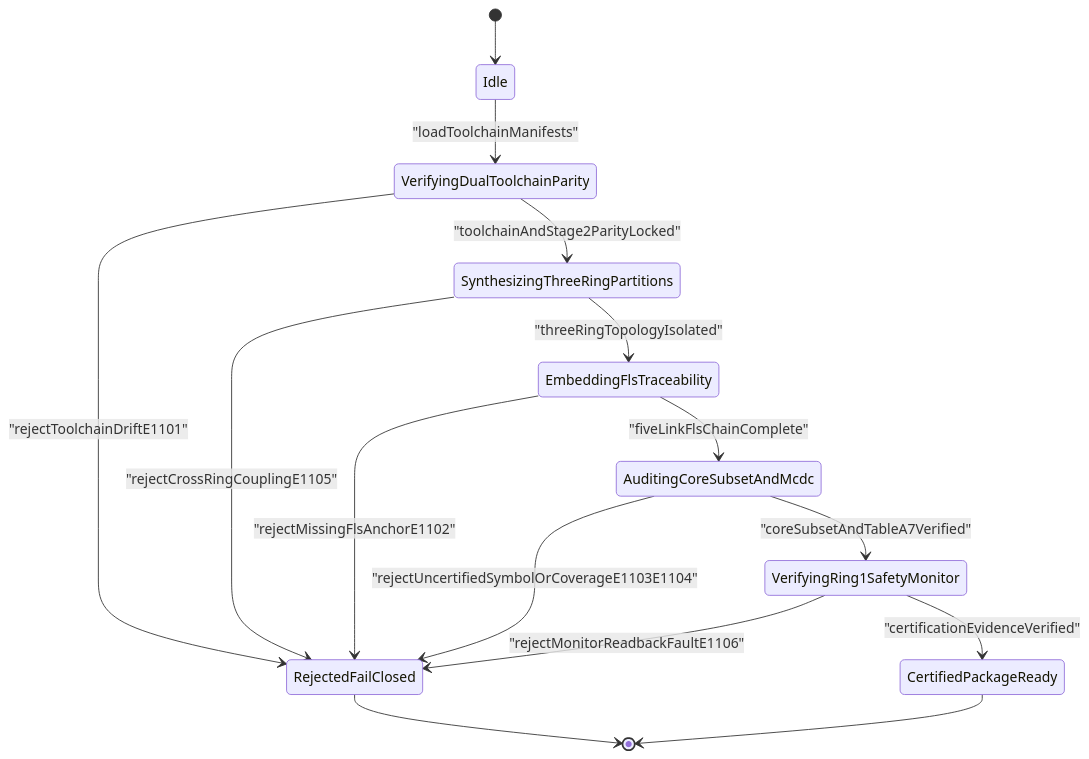
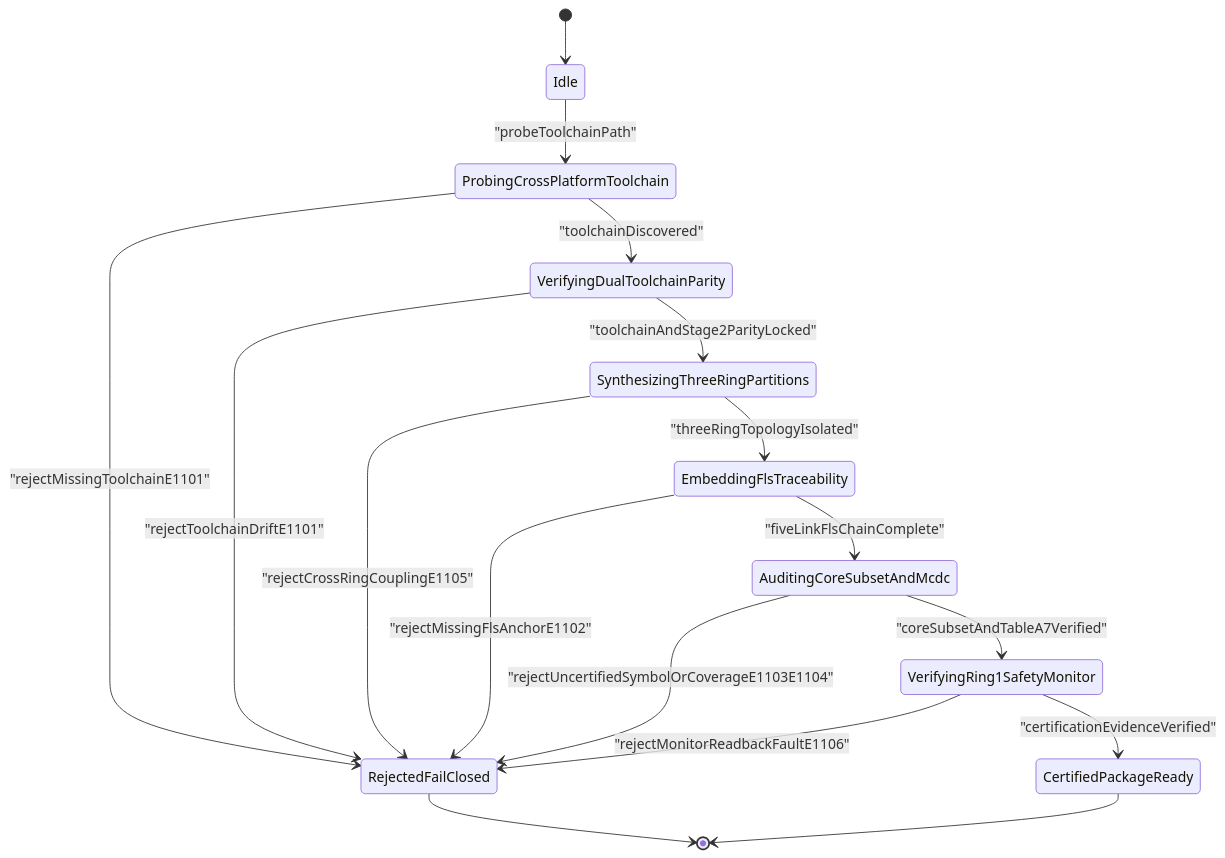
One commit to gintatkinson/DEAP01-spec-core changed the second of 4 diagrams in docs/designs/blueprint-11-ferrocene-do178c-do330-3ring-certification-architecture.md. Above: the diagram before and after it, drawn with Mermaid. The commit also changed other lines of this file and 2 other files, not shown here.

Commit message:
docs(blueprints): refactor BP-11 onto multi-platform Ferrocene 3-Ring certification architecture

````diff
--- a/docs/designs/blueprint-11-ferrocene-do178c-do330-3ring-certification-architecture.md
+++ b/docs/designs/blueprint-11-ferrocene-do178c-do330-3ring-certification-architecture.md
@@ -134,17 +137,19 @@
 ```mermaid
 stateDiagram-v2
     [*] --> Idle
-    Idle --> VerifyingDualToolchainParity : "loadToolchainManifests"
+    Idle --> ProbingCrossPlatformToolchain : "probeToolchainPath"
+    ProbingCrossPlatformToolchain --> RejectedFailClosed : "rejectMissingToolchainE1101"
+    ProbingCrossPlatformToolchain --> VerifyingDualToolchainParity : "toolchainDiscovered"
     VerifyingDualToolchainParity --> RejectedFailClosed : "rejectToolchainDriftE1101"
     VerifyingDualToolchainParity --> SynthesizingThreeRingPartitions : "toolchainAndStage2ParityLocked"
     SynthesizingThreeRingPartitions --> RejectedFailClosed : "rejectCrossRingCouplingE1105"
     SynthesizingThreeRingPartitions --> EmbeddingFlsTraceability : "threeRingTopologyIsolated"
     EmbeddingFlsTraceability --> RejectedFailClosed : "rejectMissingFlsAnchorE1102"
     EmbeddingFlsTraceability --> AuditingCoreSubsetAndMcdc : "fiveLinkFlsChainComplete"
     AuditingCoreSubsetAndMcdc --> RejectedFailClosed : "rejectUncertifiedSymbolOrCoverageE1103E1104"
     AuditingCoreSubsetAndMcdc --> VerifyingRing1SafetyMonitor : "coreSubsetAndTableA7Verified"
     VerifyingRing1SafetyMonitor --> RejectedFailClosed : "rejectMonitorReadbackFaultE1106"
     VerifyingRing1SafetyMonitor --> CertifiedPackageReady : "certificationEvidenceVerified"
     RejectedFailClosed --> [*]
     CertifiedPackageReady --> [*]
 ```
````
